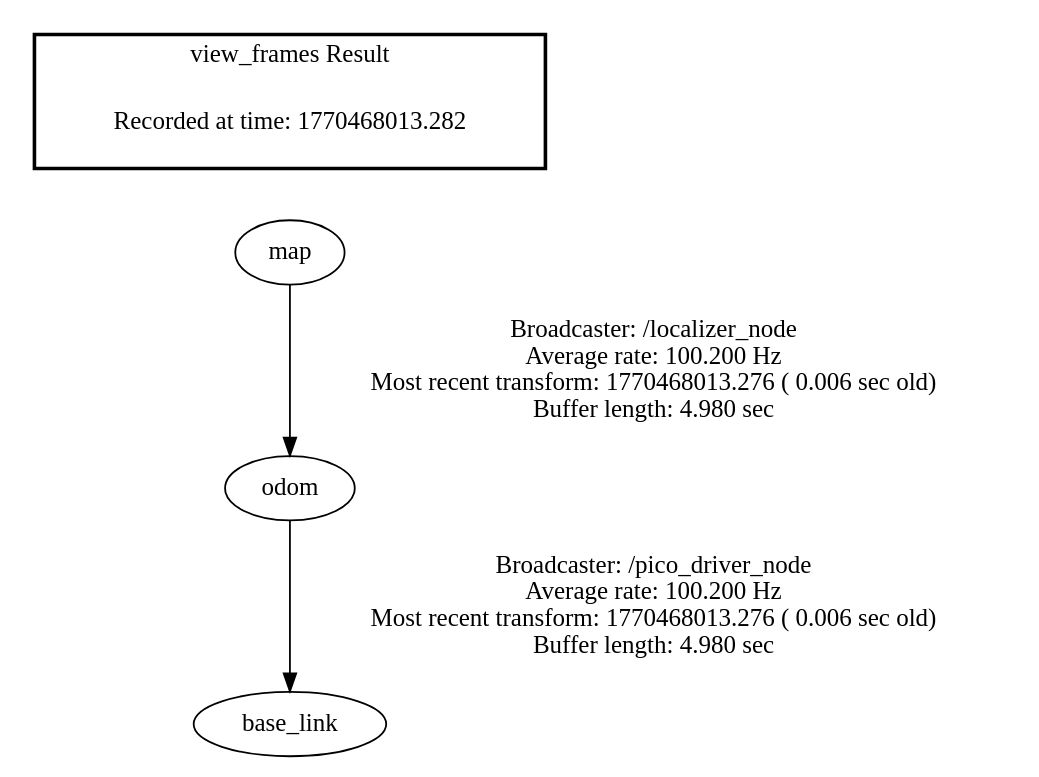
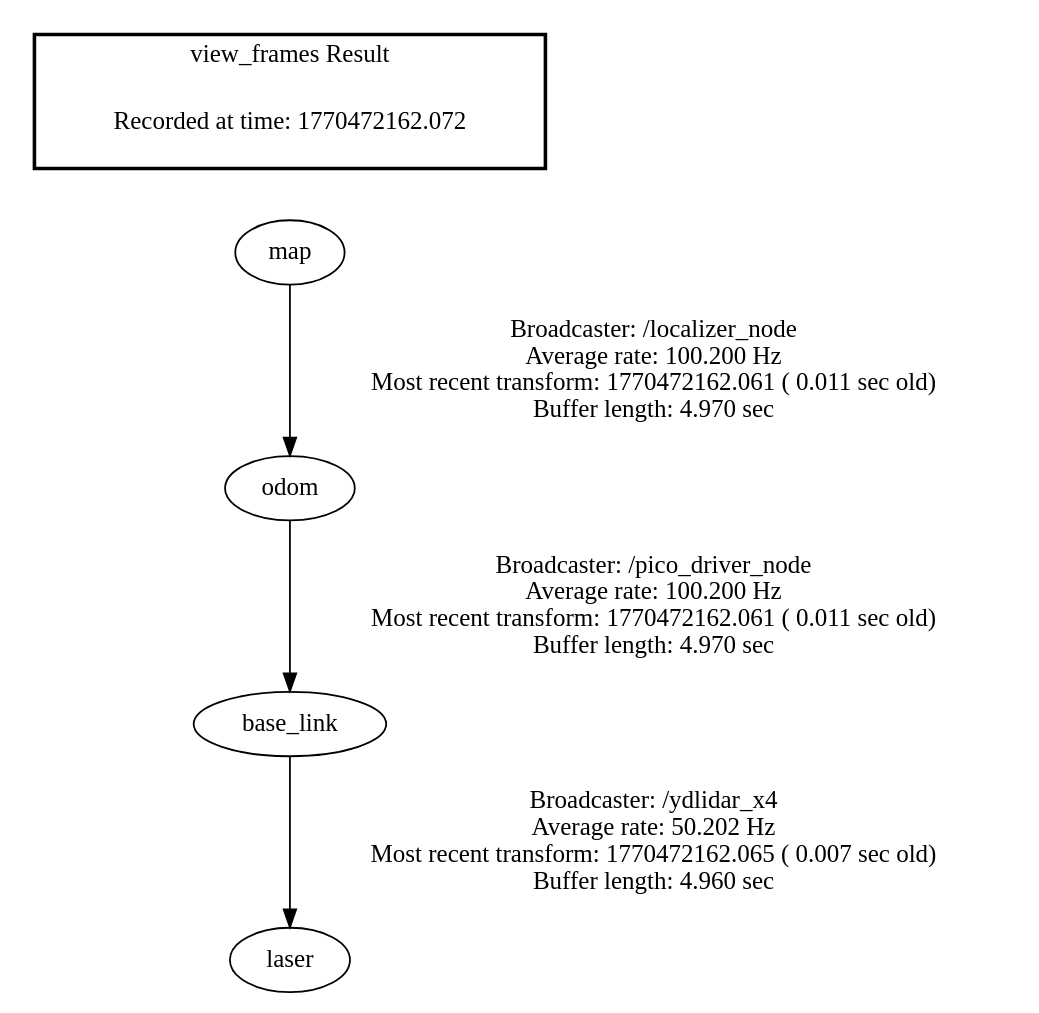
One commit to fdpo2025/FDPO4.0_2025 changed the diagram in frames.gv. Above: the diagram before and after it, drawn with Graphviz. The commit also changed 1 other file, not shown here.

```diff
--- a/frames.gv
+++ b/frames.gv
@@ -1,8 +1,9 @@
 digraph G {
-"odom" -> "base_link"[label="Broadcaster: /pico_driver_node\nAverage rate: 100.200 Hz\nMost recent transform: 1770468013.276 ( 0.006 sec old)\nBuffer length: 4.980 sec\n"];
-"map" -> "odom"[label="Broadcaster: /localizer_node\nAverage rate: 100.200 Hz\nMost recent transform: 1770468013.276 ( 0.006 sec old)\nBuffer length: 4.980 sec\n"];
+"odom" -> "base_link"[label="Broadcaster: /pico_driver_node\nAverage rate: 100.200 Hz\nMost recent transform: 1770472162.061 ( 0.011 sec old)\nBuffer length: 4.970 sec\n"];
+"map" -> "odom"[label="Broadcaster: /localizer_node\nAverage rate: 100.200 Hz\nMost recent transform: 1770472162.061 ( 0.011 sec old)\nBuffer length: 4.970 sec\n"];
+"base_link" -> "laser"[label="Broadcaster: /ydlidar_x4\nAverage rate: 50.202 Hz\nMost recent transform: 1770472162.065 ( 0.007 sec old)\nBuffer length: 4.960 sec\n"];
 edge [style=invis];
  subgraph cluster_legend { style=bold; color=black; label ="view_frames Result";
-"Recorded at time: 1770468013.282"[ shape=plaintext ] ;
+"Recorded at time: 1770472162.072"[ shape=plaintext ] ;
  }->"map";
 }
```
